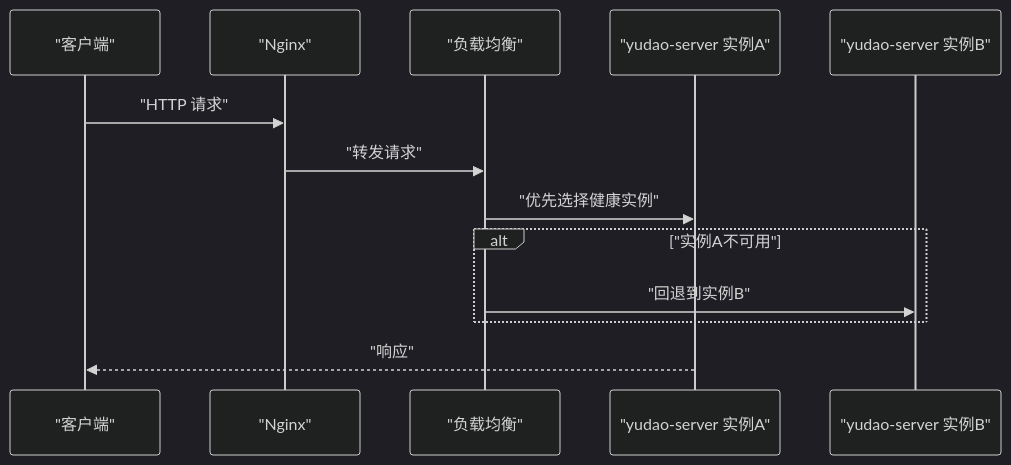
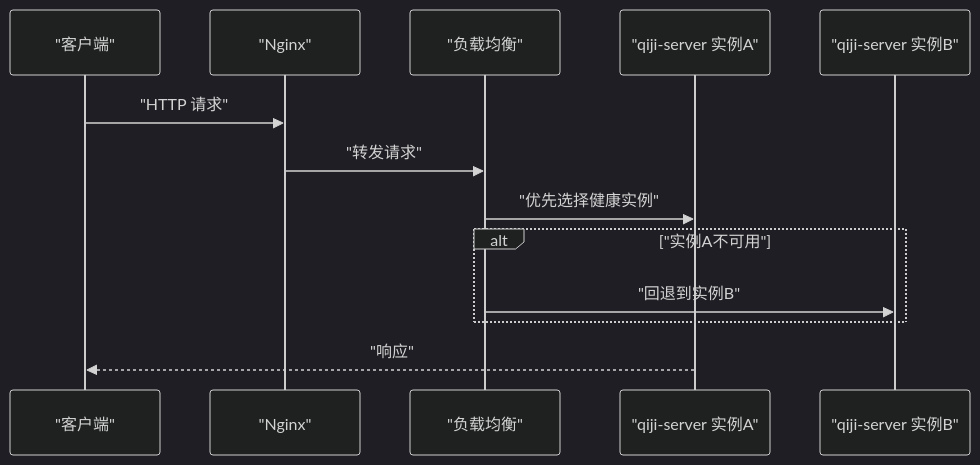
Before and after one commit to zhuangpengLI/AgenticCPS: the fourth of 7 diagrams in backend/.qoder/repowiki/zh/content/部署与运维/生产环境部署.md, drawn with Mermaid (dark theme). The commit also changed other lines of this file and 3489 other files, not shown here.

````diff
--- a/backend/.qoder/repowiki/zh/content/部署与运维/生产环境部署.md
+++ b/backend/.qoder/repowiki/zh/content/部署与运维/生产环境部署.md
@@ -185,15 +185,15 @@
 ```mermaid
 sequenceDiagram
 participant C as "客户端"
 participant N as "Nginx"
 participant L as "负载均衡"
-participant A as "yudao-server 实例A"
-participant B as "yudao-server 实例B"
+participant A as "qiji-server 实例A"
+participant B as "qiji-server 实例B"
 C->>N : "HTTP 请求"
 N->>L : "转发请求"
 L->>A : "优先选择健康实例"
 alt "实例A不可用"
 L->>B : "回退到实例B"
 end
 A-->>C : "响应"
 ```
````
